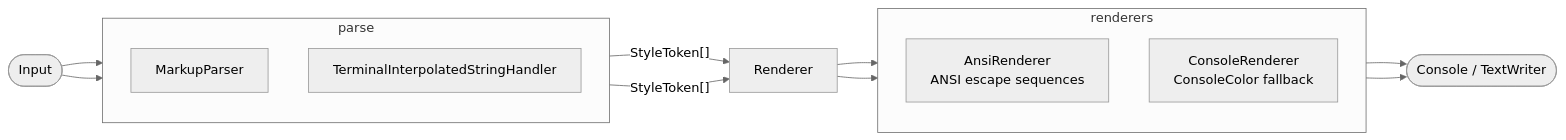
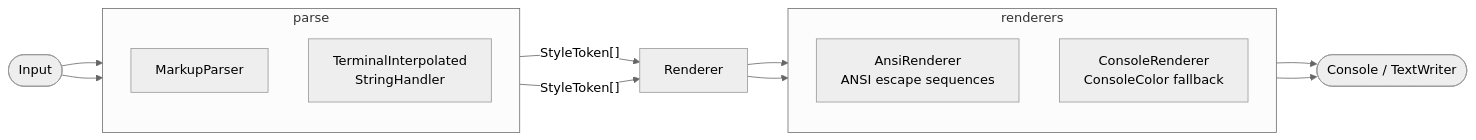
One commit to corderro-artz/iro changed the diagram in docs/diagrams/architecture.mmd. Above: the diagram before and after it, drawn with Mermaid (neutral theme). The commit also changed 6 other files, not shown here.

First line of the commit message:
docs: render the diagrams on the brand palette, and give them a generator

```diff
--- a/docs/diagrams/architecture.mmd
+++ b/docs/diagrams/architecture.mmd
@@ -1,25 +1,25 @@
 flowchart LR
     IN(["Input"])
 
     subgraph PARSE ["parse"]
         direction TB
         MP["MarkupParser"]
-        IH["TerminalInterpolatedStringHandler"]
+        IH["TerminalInterpolated<br/>StringHandler"]
     end
 
     R["Renderer"]
 
     subgraph BACKENDS ["renderers"]
         direction TB
         A["AnsiRenderer<br/>ANSI escape sequences"]
         C["ConsoleRenderer<br/>ConsoleColor fallback"]
     end
 
     O(["Console / TextWriter"])
 
     IN --> MP
     IN --> IH
     MP -->|"StyleToken[]"| R
     IH -->|"StyleToken[]"| R
     R --> A --> O
     R --> C --> O
```
